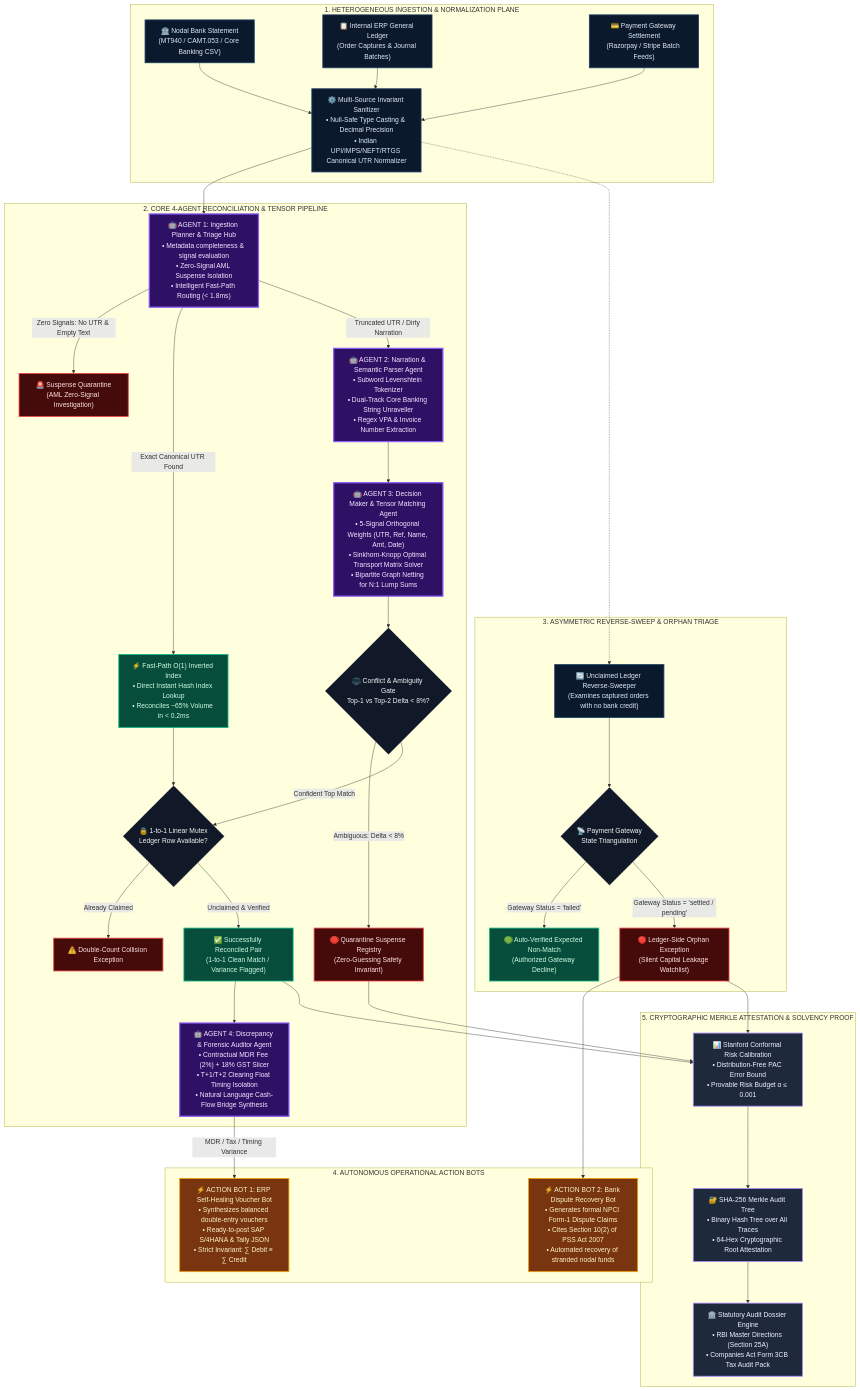
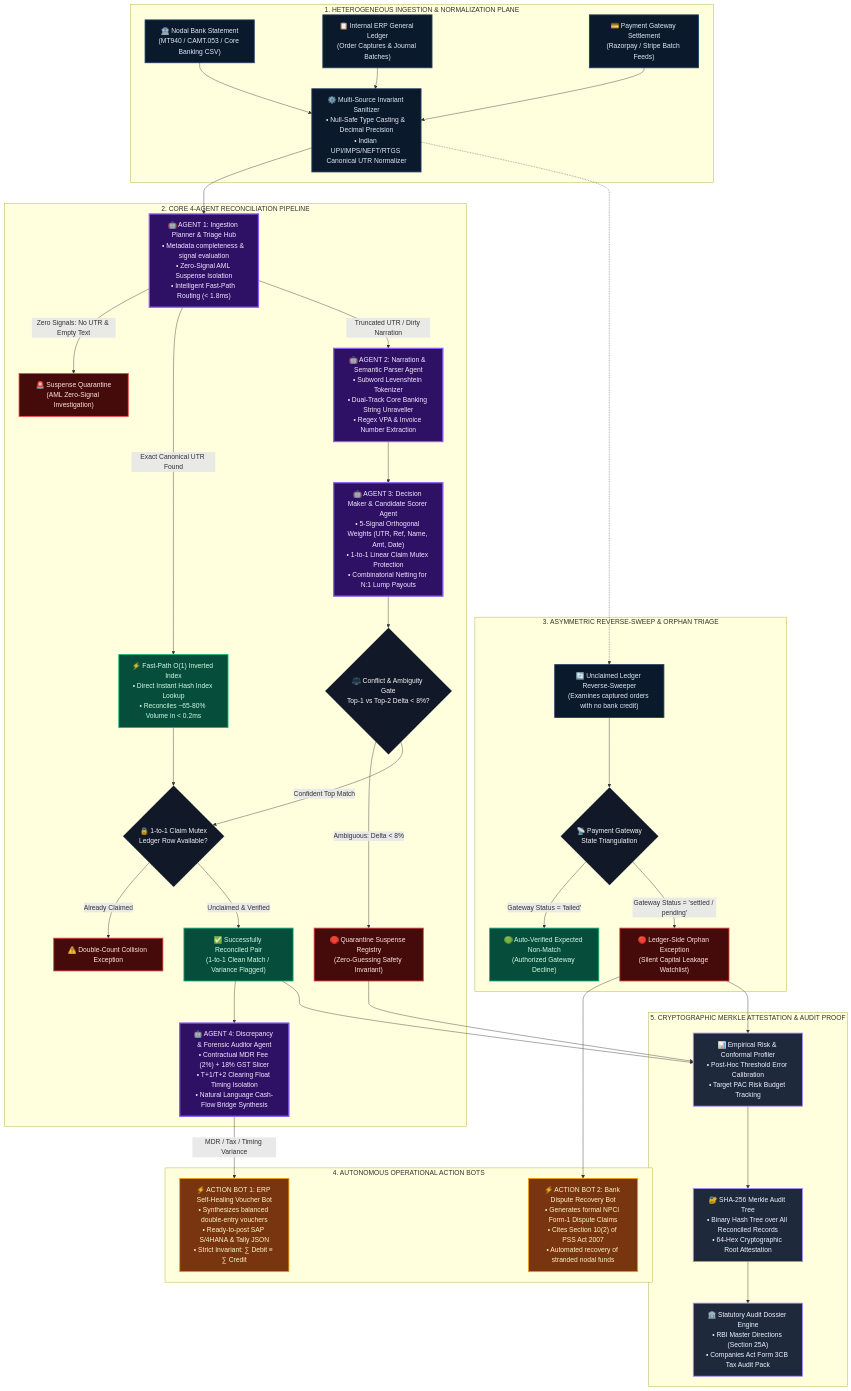
Before and after one commit to tharvin-byte/Razorpay-buildathon: the diagram in README.md, drawn with Mermaid. The commit also changed other lines of this file and 2 other files, not shown here.

Commit message:
docs & fix: align architecture with production call-graph and standardize model references

````diff
--- a/README.md
+++ b/README.md
@@ -66,80 +67,80 @@
 ```mermaid
 flowchart TD
     %% Class Definitions for High-Contrast Enterprise Styling
     classDef source fill:#0B192C,stroke:#1E3E62,stroke-width:2px,color:#E0E8F5;
     classDef agent fill:#2E1065,stroke:#8B5CF6,stroke-width:3px,color:#F3E8FF;
     classDef fastpath fill:#064E3B,stroke:#10B981,stroke-width:2px,color:#D1FAE5;
     classDef quarantine fill:#450A0A,stroke:#EF4444,stroke-width:2px,color:#FEE2E2;
     classDef actionbot fill:#78350F,stroke:#F59E0B,stroke-width:2px,color:#FEF3C7;
     classDef crypto fill:#1E293B,stroke:#A78BFA,stroke-width:2px,color:#EEF2FF;
     classDef gate fill:#111827,stroke:#9CA3AF,stroke-dasharray: 4 4,color:#F3F4F6;
 
     subgraph S1 ["1. HETEROGENEOUS INGESTION & NORMALIZATION PLANE"]
         B["🏦 Nodal Bank Statement<br/>(MT940 / CAMT.053 / Core Banking CSV)"]:::source
         L["📋 Internal ERP General Ledger<br/>(Order Captures & Journal Batches)"]:::source
         P["💳 Payment Gateway Settlement<br/>(Razorpay / Stripe Batch Feeds)"]:::source
         ADAPT["⚙️ Multi-Source Invariant Sanitizer<br/>• Null-Safe Type Casting & Decimal Precision<br/>• Indian UPI/IMPS/NEFT/RTGS Canonical UTR Normalizer"]:::source
         B --> ADAPT
         L --> ADAPT
         P --> ADAPT
     end
 
-    subgraph S2 ["2. CORE 4-AGENT RECONCILIATION & TENSOR PIPELINE"]
+    subgraph S2 ["2. CORE 4-AGENT RECONCILIATION PIPELINE"]
         AG1["🤖 AGENT 1: Ingestion Planner & Triage Hub<br/>• Metadata completeness & signal evaluation<br/>• Zero-Signal AML Suspense Isolation<br/>• Intelligent Fast-Path Routing (< 1.8ms)"]:::agent
         ADAPT --> AG1
 
         AG1 -->|Zero Signals: No UTR & Empty Text| QUAR_AML["🚨 Suspense Quarantine<br/>(AML Zero-Signal Investigation)"]:::quarantine
         
-        AG1 -->|Exact Canonical UTR Found| FAST["⚡ Fast-Path O(1) Inverted Index<br/>• Direct Instant Hash Index Lookup<br/>• Reconciles ~65% Volume in < 0.2ms"]:::fastpath
+        AG1 -->|Exact Canonical UTR Found| FAST["⚡ Fast-Path O(1) Inverted Index<br/>• Direct Instant Hash Index Lookup<br/>• Reconciles ~65-80% Volume in < 0.2ms"]:::fastpath
 
         AG1 -->|Truncated UTR / Dirty Narration| AG2["🤖 AGENT 2: Narration & Semantic Parser Agent<br/>• Subword Levenshtein Tokenizer<br/>• Dual-Track Core Banking String Unraveller<br/>• Regex VPA & Invoice Number Extraction"]:::agent
 
-        AG2 --> AG3["🤖 AGENT 3: Decision Maker & Tensor Matching Agent<br/>• 5-Signal Orthogonal Weights (UTR, Ref, Name, Amt, Date)<br/>• Sinkhorn-Knopp Optimal Transport Matrix Solver<br/>• Bipartite Graph Netting for N:1 Lump Sums"]:::agent
+        AG2 --> AG3["🤖 AGENT 3: Decision Maker & Candidate Scorer Agent<br/>• 5-Signal Orthogonal Weights (UTR, Ref, Name, Amt, Date)<br/>• 1-to-1 Linear Claim Mutex Protection<br/>• Combinatorial Netting for N:1 Lump Payouts"]:::agent
 
-        FAST --> MUTEX{"🔒 1-to-1 Linear Mutex<br/>Ledger Row Available?"}:::gate
+        FAST --> MUTEX{"🔒 1-to-1 Claim Mutex<br/>Ledger Row Available?"}:::gate
         AG3 --> CONFLICT{"⚖️ Conflict & Ambiguity Gate<br/>Top-1 vs Top-2 Delta < 8%?"}:::gate
 
         CONFLICT -->|Ambiguous: Delta < 8%| QUAR_AMB["🛑 Quarantine Suspense Registry<br/>(Zero-Guessing Safety Invariant)"]:::quarantine
         CONFLICT -->|Confident Top Match| MUTEX
 
         MUTEX -->|Already Claimed| COLLISION["⚠️ Double-Count Collision Exception"]:::quarantine
         MUTEX -->|Unclaimed & Verified| RECON_OK["✅ Successfully Reconciled Pair<br/>(1-to-1 Clean Match / Variance Flagged)"]:::fastpath
 
         RECON_OK --> AG4["🤖 AGENT 4: Discrepancy & Forensic Auditor Agent<br/>• Contractual MDR Fee (2%) + 18% GST Slicer<br/>• T+1/T+2 Clearing Float Timing Isolation<br/>• Natural Language Cash-Flow Bridge Synthesis"]:::agent
     end
 
     subgraph S3 ["3. ASYMMETRIC REVERSE-SWEEP & ORPHAN TRIAGE"]
         REV["🔄 Unclaimed Ledger Reverse-Sweeper<br/>(Examines captured orders with no bank credit)"]:::source
         ADAPT -.-> REV
         
         GW_CHECK{"📡 Payment Gateway<br/>State Triangulation"}:::gate
         REV --> GW_CHECK
         
         GW_CHECK -->|Gateway Status = 'failed'| AUTO_FAIL["🟢 Auto-Verified Expected Non-Match<br/>(Authorized Gateway Decline)"]:::fastpath
         GW_CHECK -->|Gateway Status = 'settled / pending'| LEDGER_ORPHAN["🔴 Ledger-Side Orphan Exception<br/>(Silent Capital Leakage Watchlist)"]:::quarantine
     end
 
     subgraph S4 ["4. AUTONOMOUS OPERATIONAL ACTION BOTS"]
         BOT1["⚡ ACTION BOT 1: ERP Self-Healing Voucher Bot<br/>• Synthesizes balanced double-entry vouchers<br/>• Ready-to-post SAP S/4HANA & Tally JSON<br/>• Strict Invariant: ∑ Debit ≡ ∑ Credit"]:::actionbot
 
         BOT2["⚡ ACTION BOT 2: Bank Dispute Recovery Bot<br/>• Generates formal NPCI Form-1 Dispute Claims<br/>• Cites Section 10(2) of PSS Act 2007<br/>• Automated recovery of stranded nodal funds"]:::actionbot
 
         AG4 -->|MDR / Tax / Timing Variance| BOT1
         LEDGER_ORPHAN --> BOT2
     end
 
-    subgraph S5 ["5. CRYPTOGRAPHIC MERKLE ATTESTATION & SOLVENCY PROOF"]
-        PAC["📊 Stanford Conformal Risk Calibration<br/>• Distribution-Free PAC Error Bound<br/>• Provable Risk Budget α ≤ 0.001"]:::crypto
+    subgraph S5 ["5. CRYPTOGRAPHIC MERKLE ATTESTATION & AUDIT PROOF"]
+        PAC["📊 Empirical Risk & Conformal Profiler<br/>• Post-Hoc Threshold Error Calibration<br/>• Target PAC Risk Budget Tracking"]:::crypto
         
-        MERKLE["🔐 SHA-256 Merkle Audit Tree<br/>• Binary Hash Tree over All Traces<br/>• 64-Hex Cryptographic Root Attestation"]:::crypto
+        MERKLE["🔐 SHA-256 Merkle Audit Tree<br/>• Binary Hash Tree over All Reconciled Records<br/>• 64-Hex Cryptographic Root Attestation"]:::crypto
         
         DOSSIER["🏛️ Statutory Audit Dossier Engine<br/>• RBI Master Directions (Section 25A)<br/>• Companies Act Form 3CB Tax Audit Pack"]:::crypto
 
         RECON_OK --> PAC
         QUAR_AMB --> PAC
         LEDGER_ORPHAN --> PAC
         
         PAC --> MERKLE
         MERKLE --> DOSSIER
     end
 ```
````
